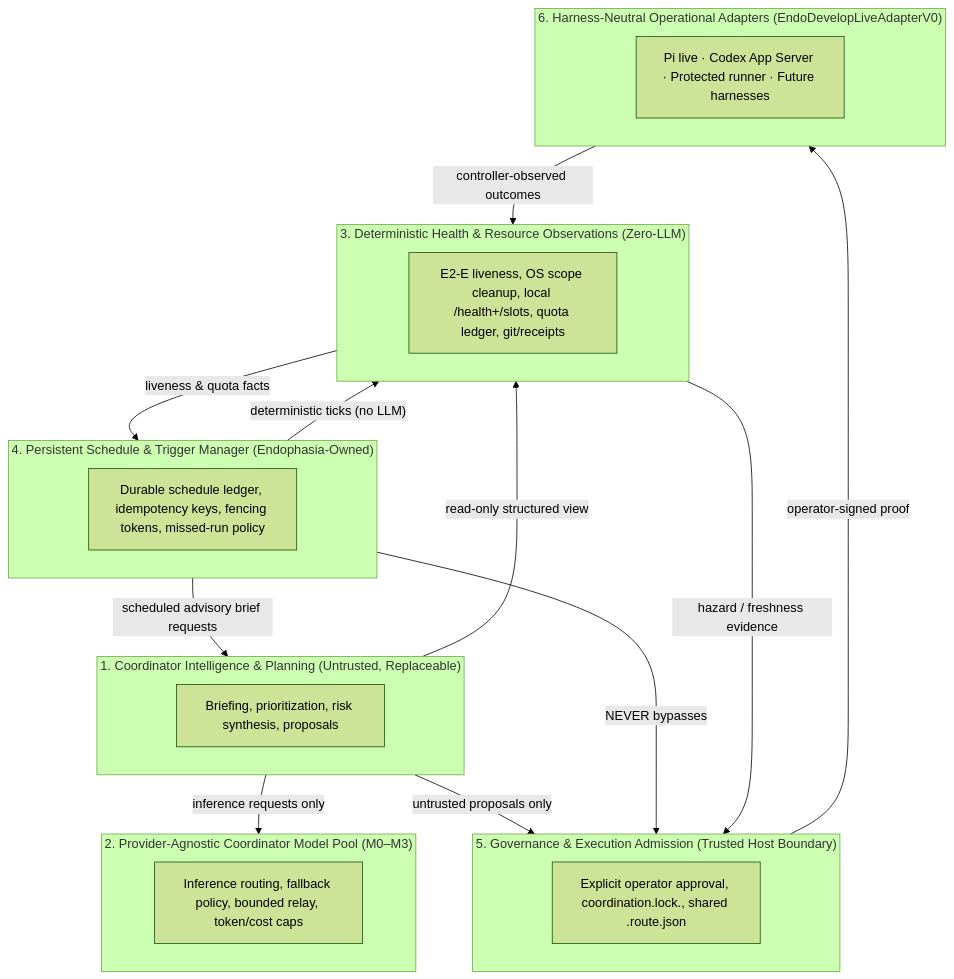
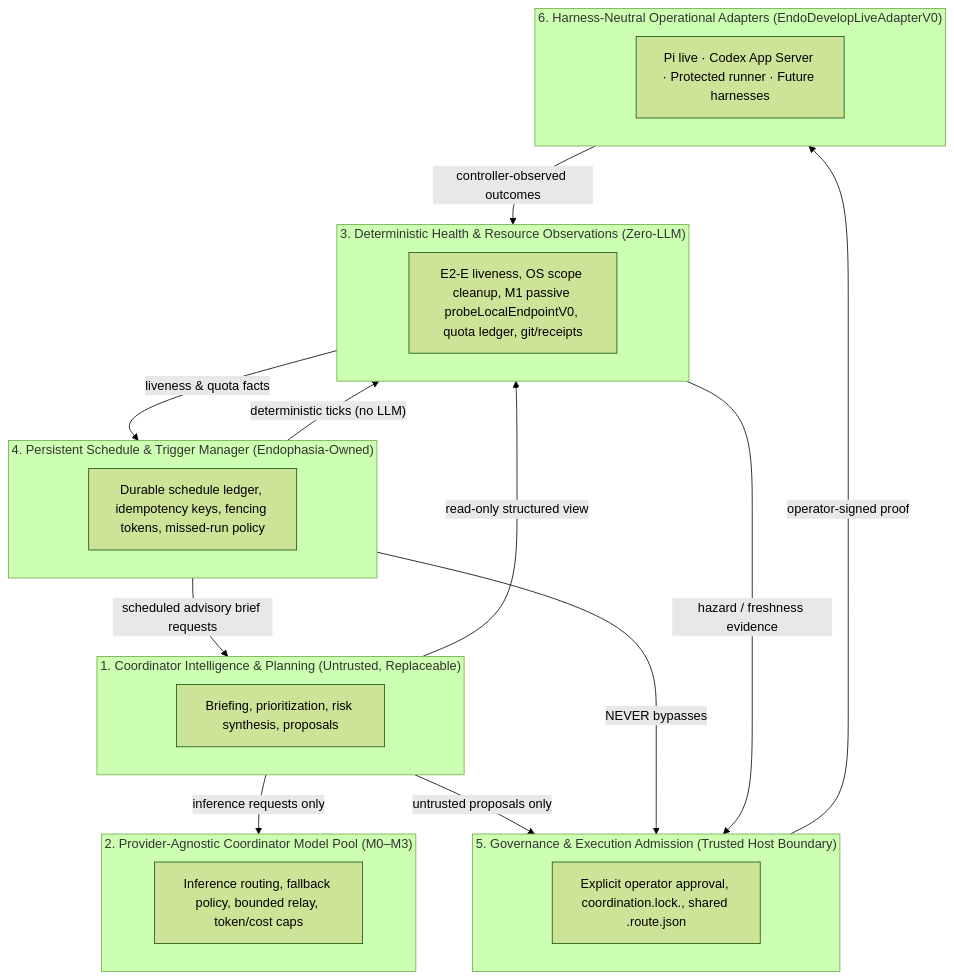
One commit to noctem-o/endophasia changed the first of 2 diagrams in docs/designs/coordinator-automation.md. Above: the diagram before and after it, drawn with Mermaid (forest theme). The commit also changed other lines of this file and 11 other files, not shown here.

````diff
--- a/docs/designs/coordinator-automation.md
+++ b/docs/designs/coordinator-automation.md
@@ -38,37 +38,37 @@
 ```mermaid
 flowchart TB
   subgraph L1["1. Coordinator Intelligence & Planning (Untrusted, Replaceable)"]
     PLAN["Briefing, prioritization, risk synthesis, proposals"]
   end
 
   subgraph L2["2. Provider-Agnostic Coordinator Model Pool (M0–M3)"]
     POOL["Inference routing, fallback policy, bounded relay, token/cost caps"]
   end
 
   subgraph L3["3. Deterministic Health & Resource Observations (Zero-LLM)"]
-    OBS["E2-E liveness, OS scope cleanup, local /health+/slots, quota ledger, git/receipts"]
+    OBS["E2-E liveness, OS scope cleanup, M1 passive probeLocalEndpointV0, quota ledger, git/receipts"]
   end
 
   subgraph L4["4. Persistent Schedule & Trigger Manager (Endophasia-Owned)"]
     SCHED["Durable schedule ledger, idempotency keys, fencing tokens, missed-run policy"]
   end
 
   subgraph L5["5. Governance & Execution Admission (Trusted Host Boundary)"]
     GOV["Explicit operator approval, coordination.lock.<n>, shared .route.json"]
   end
 
   subgraph L6["6. Harness-Neutral Operational Adapters (EndoDevelopLiveAdapterV0)"]
     HARN["Pi live · Codex App Server · Protected runner · Future harnesses"]
   end
 
   L1 -->|"read-only structured view"| L3
   L1 -->|"inference requests only"| L2
   L1 -->|"untrusted proposals only"| L5
   L4 -->|"deterministic ticks (no LLM)"| L3
   L4 -->|"scheduled advisory brief requests"| L1
   L4 -->|"NEVER bypasses"| L5
   L3 -->|"liveness & quota facts"| L4
   L3 -->|"hazard / freshness evidence"| L5
   L5 -->|"operator-signed proof"| L6
   L6 -->|"controller-observed outcomes"| L3
 ```
````
